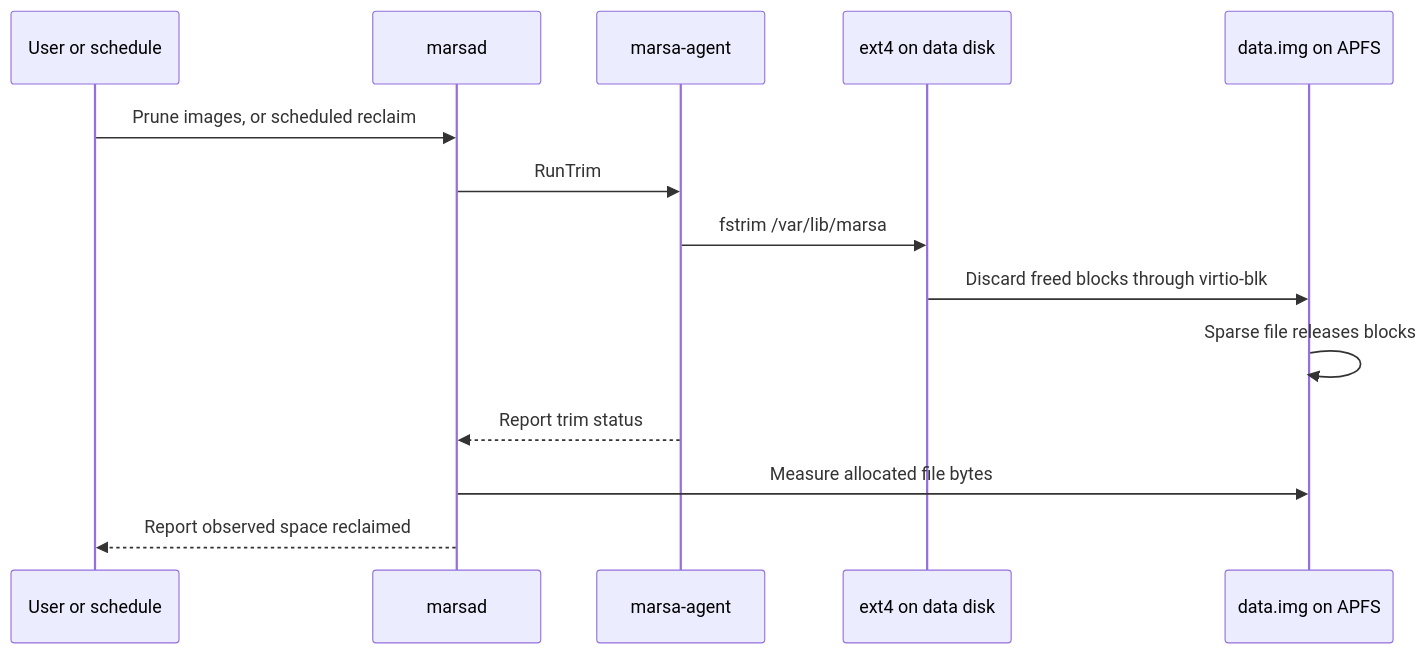
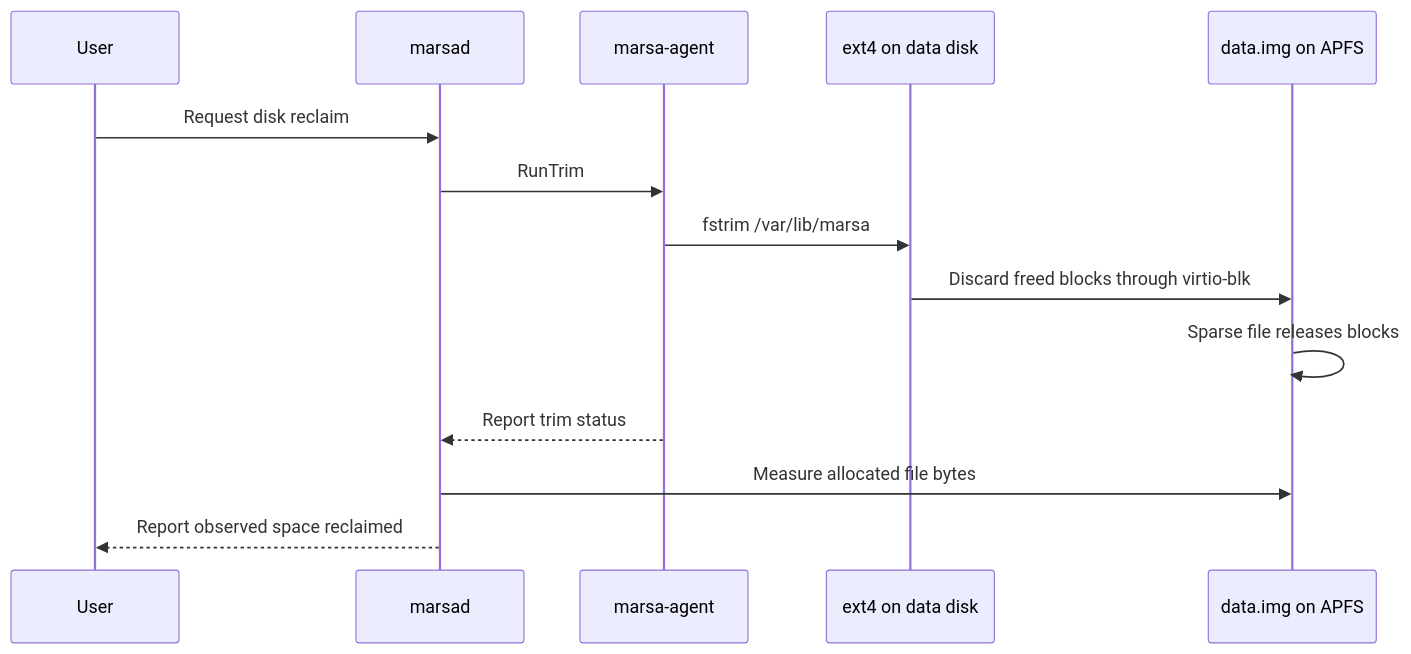
One commit to nasraldin/marsa changed the third of 3 diagrams in docs/07-file-sharing-and-storage.md. Above: the diagram before and after it, drawn with Mermaid. The commit also changed other lines of this file and 15 other files, not shown here.

````diff
--- a/docs/07-file-sharing-and-storage.md
+++ b/docs/07-file-sharing-and-storage.md
@@ -131,17 +131,17 @@
 ```mermaid
 sequenceDiagram
-    participant U as User or schedule
+    participant U as User
     participant D as marsad
     participant A as marsa-agent
     participant FS as ext4 on data disk
     participant H as data.img on APFS
 
-    U->>D: Prune images, or scheduled reclaim
+    U->>D: Request disk reclaim
     D->>A: RunTrim
     A->>FS: fstrim /var/lib/marsa
     FS->>H: Discard freed blocks through virtio-blk
     H->>H: Sparse file releases blocks
     A-->>D: Report trim status
     D->>H: Measure allocated file bytes
     D-->>U: Report observed space reclaimed
 ```
````
